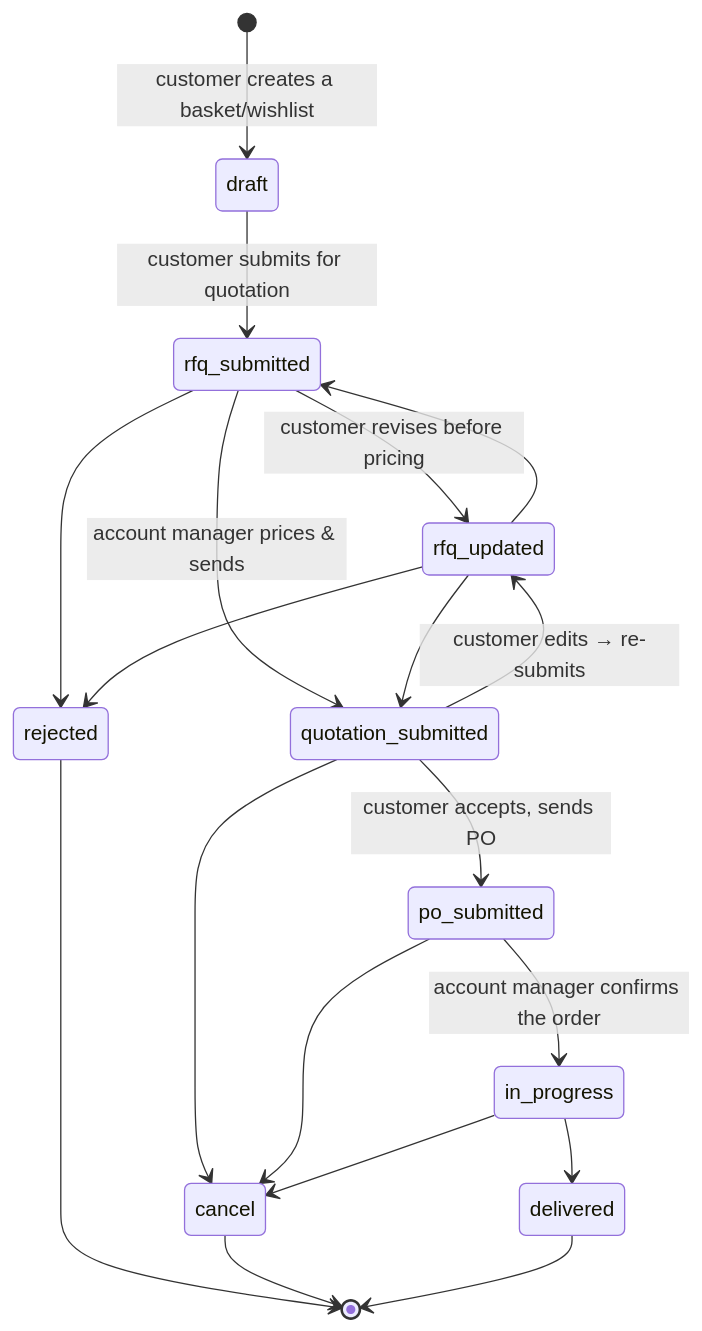
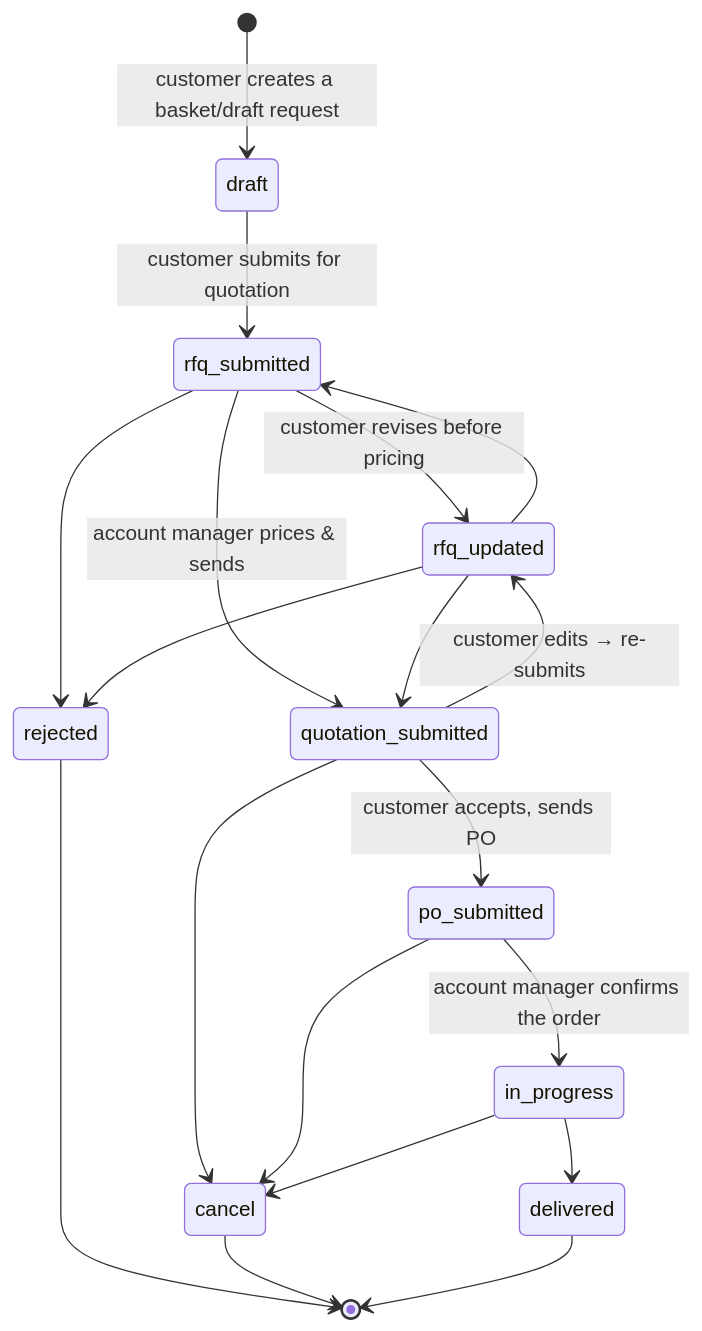
Before and after one commit to LaplaceSoftware/lp_projects_docs: the first of 4 diagrams in docs/b2b_ecommerce_docs/_technical_docs/008-Order-Lifecycle.md, drawn with Mermaid. The commit also changed other lines of this file and 48 other files, not shown here.

````diff
--- a/docs/b2b_ecommerce_docs/_technical_docs/008-Order-Lifecycle.md
+++ b/docs/b2b_ecommerce_docs/_technical_docs/008-Order-Lifecycle.md
@@ -11,28 +11,28 @@
 ```mermaid
 stateDiagram-v2
-    [*] --> draft: customer creates a basket/wishlist
+    [*] --> draft: customer creates a basket/draft request
 
     draft --> rfq_submitted: customer submits for quotation
 
     rfq_submitted --> rfq_updated: customer revises before pricing
     rfq_updated --> rfq_submitted
 
     rfq_submitted --> quotation_submitted: account manager prices & sends
     rfq_updated --> quotation_submitted
     rfq_submitted --> rejected
     rfq_updated --> rejected
 
     quotation_submitted --> po_submitted: customer accepts, sends PO
     quotation_submitted --> rfq_updated: customer edits → re-submits
     quotation_submitted --> cancel
 
     po_submitted --> in_progress: account manager confirms the order
     po_submitted --> cancel
 
     in_progress --> delivered
     in_progress --> cancel
 
     rejected --> [*]
     cancel --> [*]
     delivered --> [*]
 ```
````
